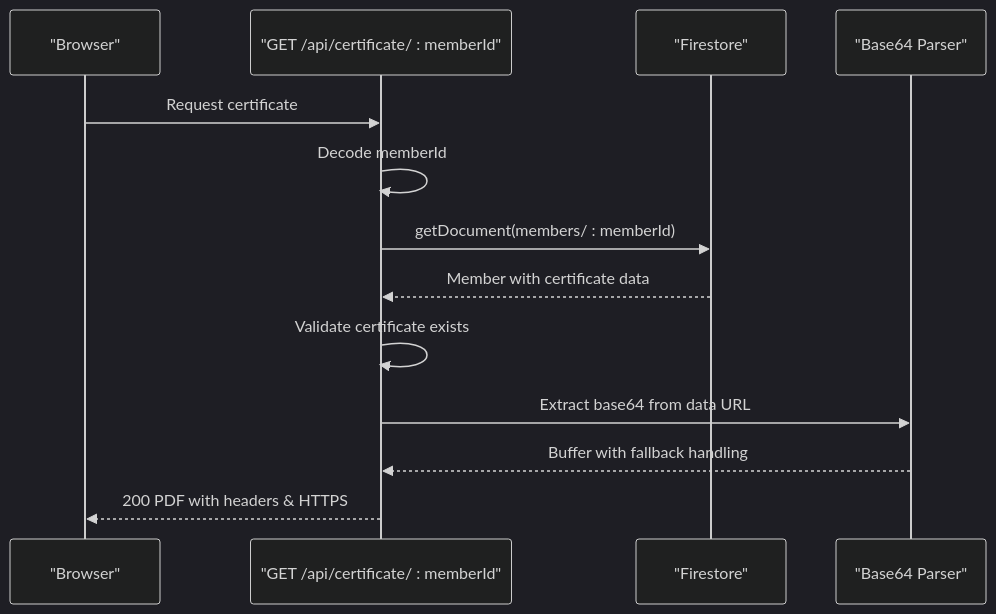
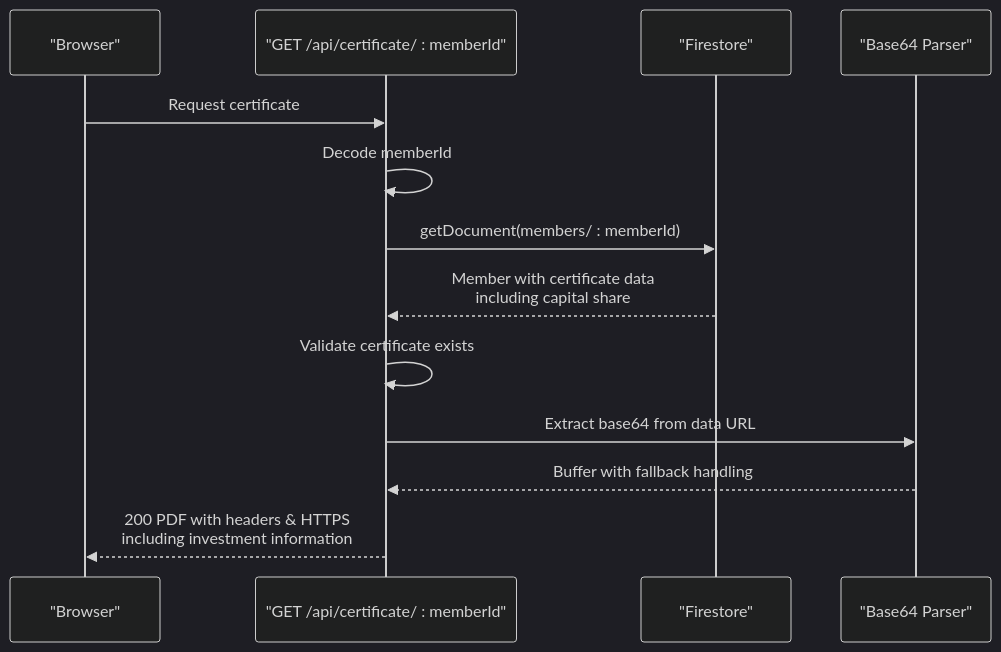
One commit to Unsure-bry/sampacoop_system changed the fifth of 7 diagrams in .qoder/repowiki/en/content/Email & Notification System/Certificate Generation System.md. Above: the diagram before and after it, drawn with Mermaid (dark theme). The commit also changed other lines of this file and 5 other files, not shown here.

Commit message:
Update for Pending Capital Share Card

````diff
--- a/.qoder/repowiki/en/content/Email & Notification System/Certificate Generation System.md
+++ b/.qoder/repowiki/en/content/Email & Notification System/Certificate Generation System.md
@@ -297,15 +340,15 @@
 ```mermaid
 sequenceDiagram
 participant Client as "Browser"
 participant API as "GET /api/certificate/ : memberId"
 participant FS as "Firestore"
 participant Util as "Base64 Parser"
 Client->>API : Request certificate
 API->>API : Decode memberId
 API->>FS : getDocument(members/ : memberId)
-FS-->>API : Member with certificate data
+FS-->>API : Member with certificate data<br/>including capital share
 API->>API : Validate certificate exists
 API->>Util : Extract base64 from data URL
 Util-->>API : Buffer with fallback handling
-API-->>Client : 200 PDF with headers & HTTPS
+API-->>Client : 200 PDF with headers & HTTPS<br/>including investment information
 ```
````
